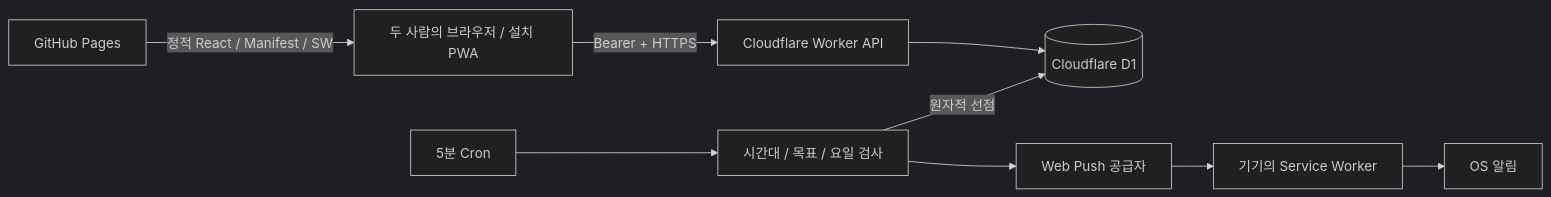
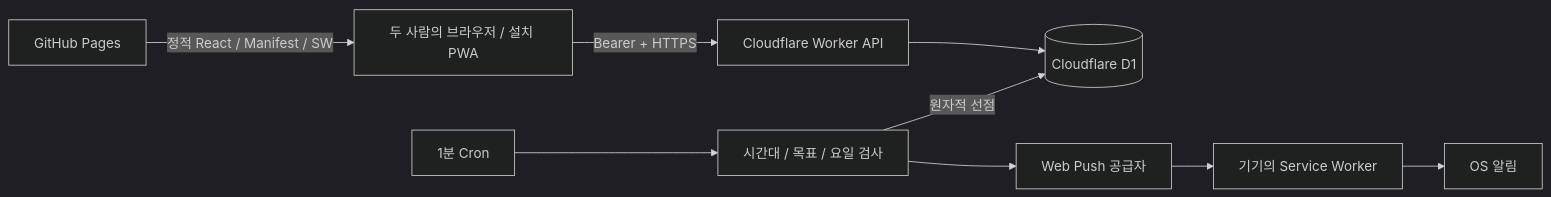
One commit to bgm5768/water-together changed the diagram in docs/ARCHITECTURE.md. Above: the diagram before and after it, drawn with Mermaid (dark theme). The commit also changed 21 other files, not shown here.

````diff
--- a/docs/ARCHITECTURE.md
+++ b/docs/ARCHITECTURE.md
@@ -3,11 +3,11 @@
 ```mermaid
 flowchart LR
   A[두 사람의 브라우저 / 설치 PWA] -->|Bearer + HTTPS| W[Cloudflare Worker API]
   G[GitHub Pages] -->|정적 React / Manifest / SW| A
   W --> D[(Cloudflare D1)]
-  C[5분 Cron] --> S[시간대 / 목표 / 요일 검사]
+  C[1분 Cron] --> S[시간대 / 목표 / 요일 검사]
   S -->|원자적 선점| D
   S --> P[Web Push 공급자]
   P --> SW[기기의 Service Worker]
   SW --> N[OS 알림]
 ```
````
